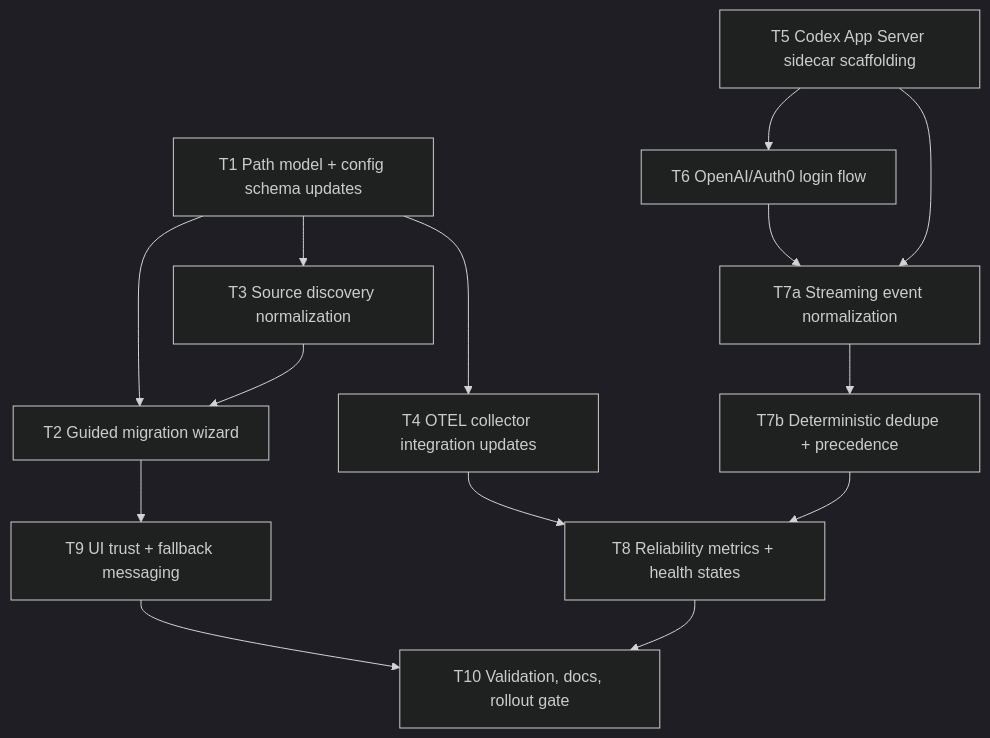
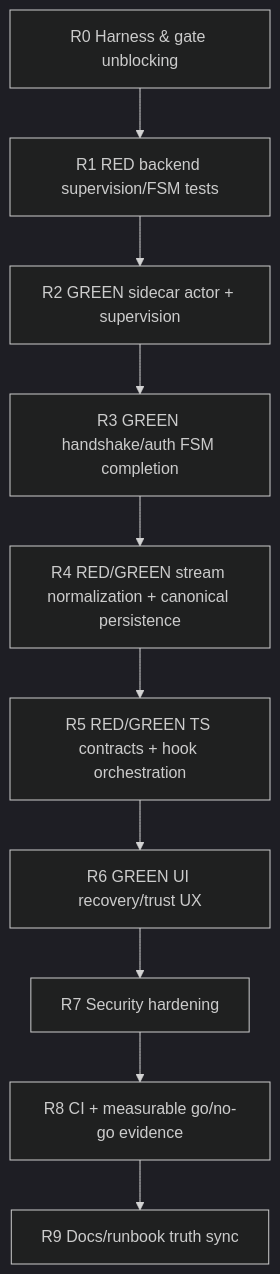
The diagram in docs/plans/2026-02-19-feat-hybrid-codex-claude-capture-reliability-plan.md (jscraik/firefly-narrative), drawn with Mermaid (dark theme) before and after one commit. The commit also changed other lines of this file and 4 other files, not shown here.

Commit message:
test(ci): unblock integration harness and add rust test lane

````diff
--- a/docs/plans/2026-02-19-feat-hybrid-codex-claude-capture-reliability-plan.md
+++ b/docs/plans/2026-02-19-feat-hybrid-codex-claude-capture-reliability-plan.md
@@ -211,18 +76,12 @@
 ```mermaid
 flowchart TD
-  T1["T1 Path model + config schema updates"] --> T2["T2 Guided migration wizard"]
-  T1 --> T3["T3 Source discovery normalization"]
-  T1 --> T4["T4 OTEL collector integration updates"]
-  T3 --> T2
-  T4 --> T8["T8 Reliability metrics + health states"]
-
-  T5["T5 Codex App Server sidecar scaffolding"] --> T6["T6 OpenAI/Auth0 login flow"]
-  T5 --> T7a["T7a Streaming event normalization"]
-  T6 --> T7a
-  T7a --> T7b["T7b Deterministic dedupe + precedence"]
-  T7b --> T8
-
-  T2 --> T9["T9 UI trust + fallback messaging"]
-  T8 --> T10["T10 Validation, docs, rollout gate"]
-  T9 --> T10
+  T1["R0 Harness & gate unblocking"] --> T2["R1 RED backend supervision/FSM tests"]
+  T2 --> T3["R2 GREEN sidecar actor + supervision"]
+  T3 --> T4["R3 GREEN handshake/auth FSM completion"]
+  T4 --> T5["R4 RED/GREEN stream normalization + canonical persistence"]
+  T5 --> T6["R5 RED/GREEN TS contracts + hook orchestration"]
+  T6 --> T7["R6 GREEN UI recovery/trust UX"]
+  T7 --> T8["R7 Security hardening"]
+  T8 --> T9["R8 CI + measurable go/no-go evidence"]
+  T9 --> T10["R9 Docs/runbook truth sync"]
 ```
````
